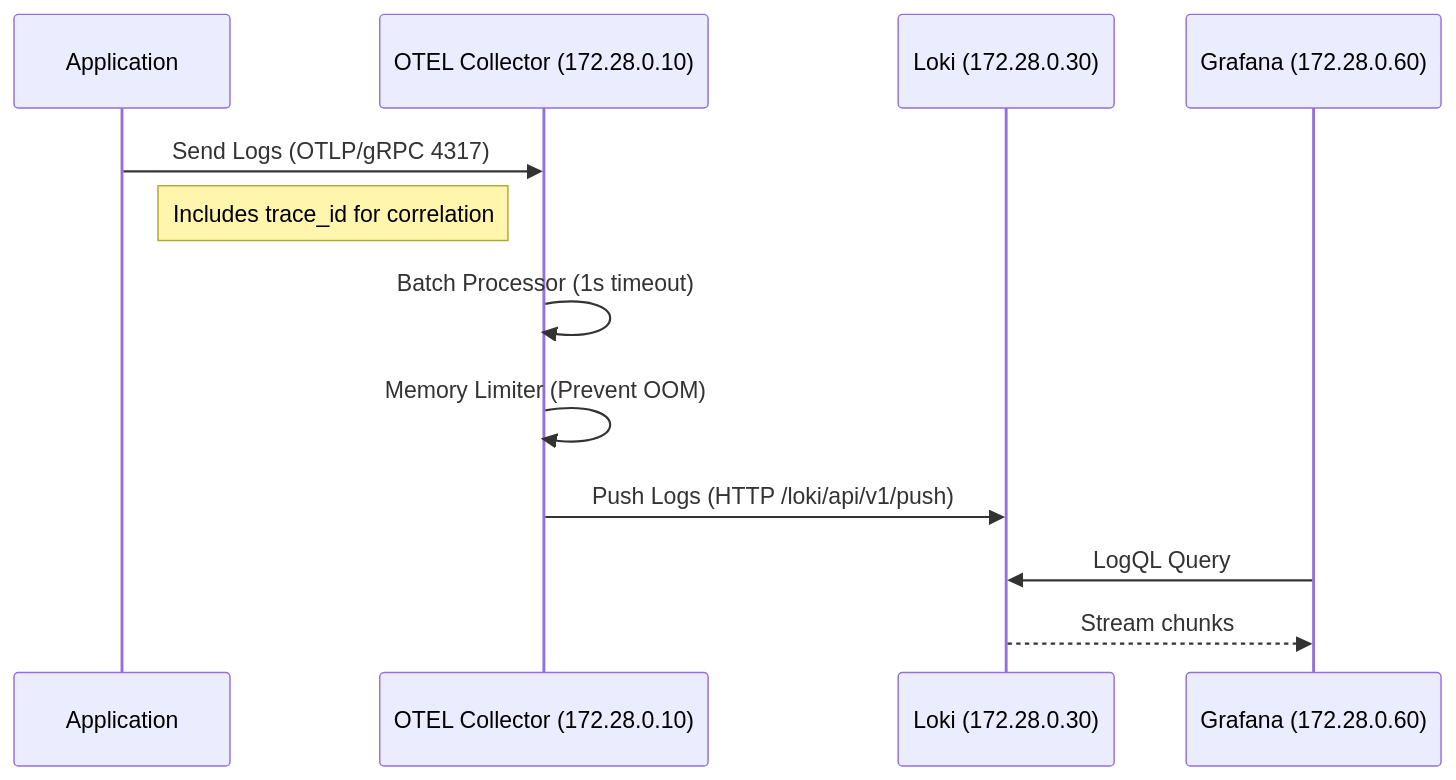
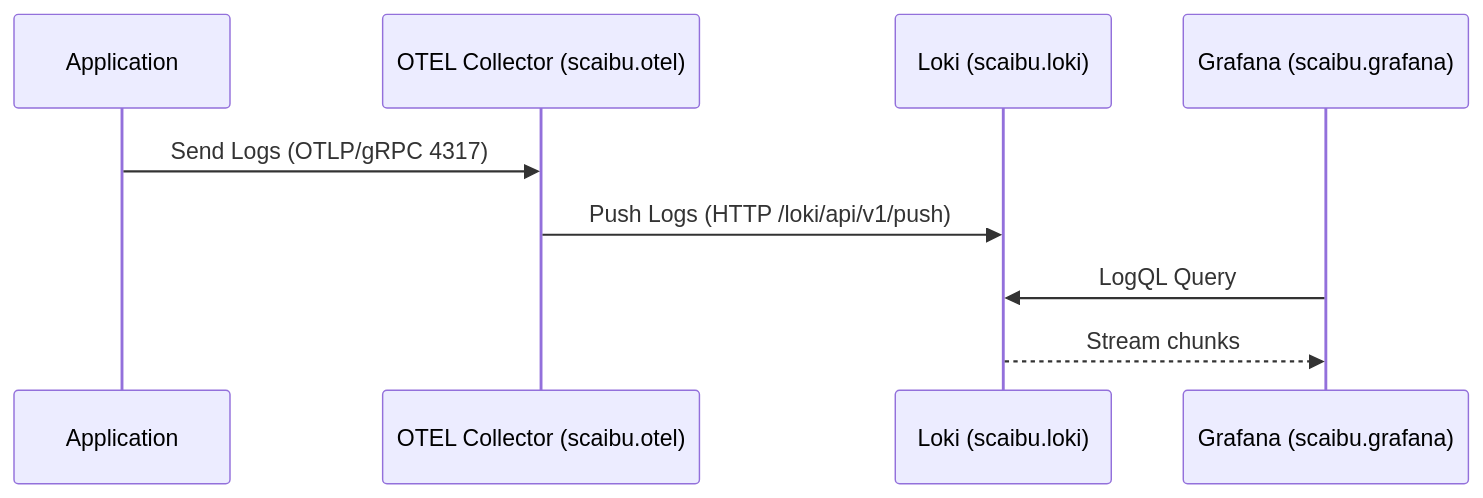
The first of 2 diagrams in infrastructure/observability/SETUP_OBSERVABILITY_STACK.md (Chief-Strategist-J/llm-observability-platform), drawn with Mermaid before and after one commit. The commit also changed other lines of this file, not shown here.

````diff
--- a/infrastructure/observability/SETUP_OBSERVABILITY_STACK.md
+++ b/infrastructure/observability/SETUP_OBSERVABILITY_STACK.md
@@ -18,18 +14,12 @@
 ```mermaid
 sequenceDiagram
     participant App as Application
-    participant OTEL as OTEL Collector (172.28.0.10)
-    participant Loki as Loki (172.28.0.30)
-    participant Grafana as Grafana (172.28.0.60)
+    participant OTEL as OTEL Collector (scaibu.otel)
+    participant Loki as Loki (scaibu.loki)
+    participant Grafana as Grafana (scaibu.grafana)
 
     App->>OTEL: Send Logs (OTLP/gRPC 4317)
-    Note right of App: Includes trace_id for correlation
-    
-    OTEL->>OTEL: Batch Processor (1s timeout)
-    OTEL->>OTEL: Memory Limiter (Prevent OOM)
-    
     OTEL->>Loki: Push Logs (HTTP /loki/api/v1/push)
-    
     Grafana->>Loki: LogQL Query
     Loki-->>Grafana: Stream chunks
 ```
````
